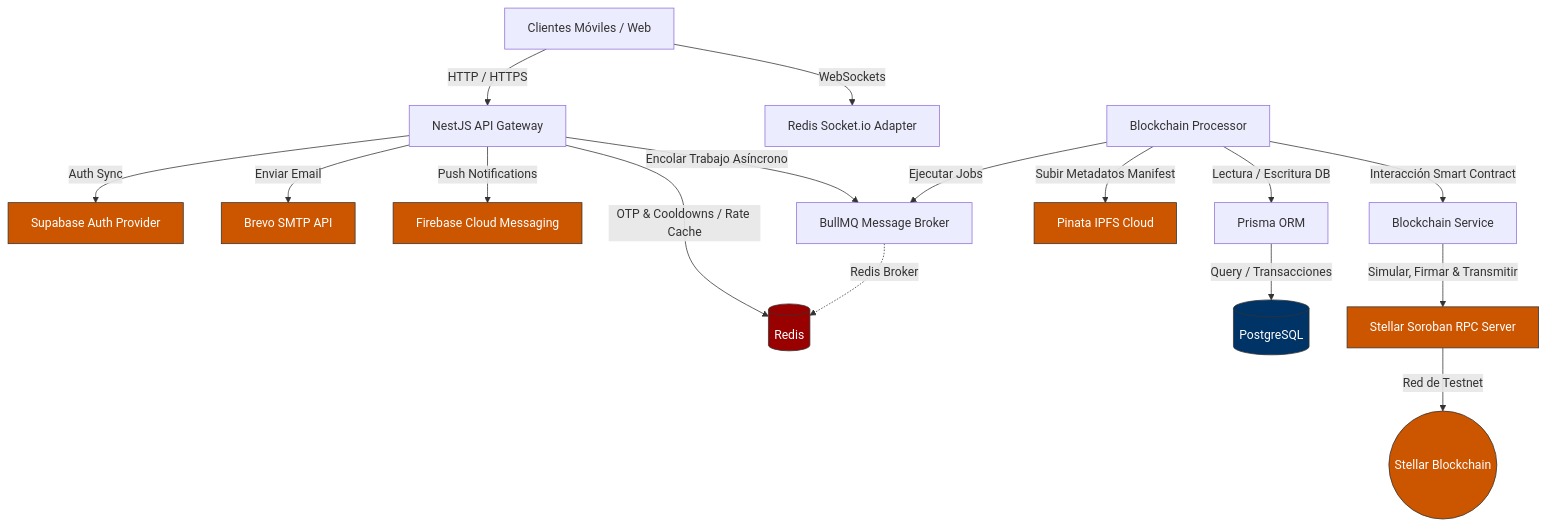
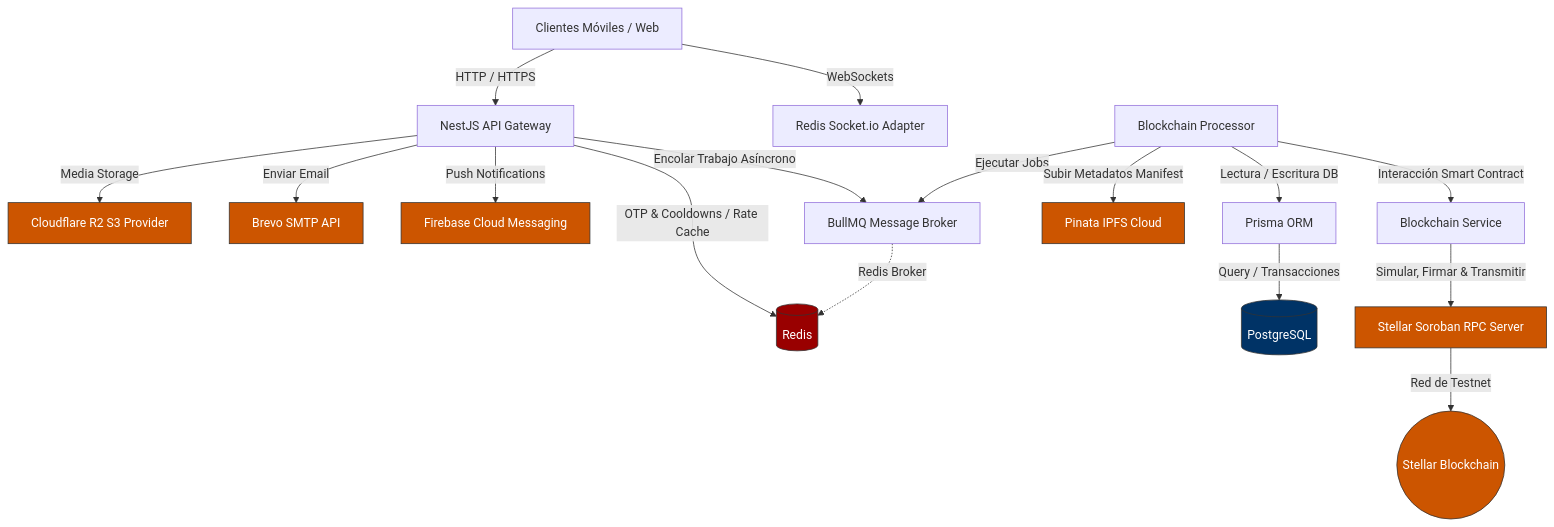
One commit to Livora-Labs/Livora-api-service changed the diagram in docs/architectural_audit.md. Above: the diagram before and after it, drawn with Mermaid. The commit also changed other lines of this file and 12 other files, not shown here.

Commit message:
chore(docs,deps): complete purge of legacy BaaS residues, update architecture diagrams and prune lockfile

````diff
--- a/docs/architectural_audit.md
+++ b/docs/architectural_audit.md
@@ -21,35 +21,35 @@
 ```mermaid
 graph TD
     %% Clients
     Client[Clientes Móviles / Web] -->|HTTP / HTTPS| Nest[NestJS API Gateway]
     Client -->|WebSockets| WsAdapter[Redis Socket.io Adapter]
 
     %% Authentication & Services
-    Nest -->|Auth Sync| Supabase[Supabase Auth Provider]
+    Nest -->|Media Storage| CloudflareR2[Cloudflare R2 S3 Provider]
     Nest -->|Enviar Email| Brevo[Brevo SMTP API]
     Nest -->|Push Notifications| FCM[Firebase Cloud Messaging]
 
     %% Cache & Queues
     Nest -->|OTP & Cooldowns / Rate Cache| Redis[(Redis)]
     Nest -->|Encolar Trabajo Asíncrono| BullMQ[BullMQ Message Broker]
     BullMQ -.->|Redis Broker| Redis
 
     %% Worker & Core Business Logic
     Worker[Blockchain Processor] -->|Ejecutar Jobs| BullMQ
     Worker -->|Subir Metadatos Manifest| Pinata[Pinata IPFS Cloud]
     Worker -->|Lectura / Escritura DB| Prisma[Prisma ORM]
     Prisma -->|Query / Transacciones| DB[(PostgreSQL)]
 
     %% Web3 Layer
     Worker -->|Interacción Smart Contract| BlockchainService[Blockchain Service]
     BlockchainService -->|Simular, Firmar & Transmitir| StellarRPC[Stellar Soroban RPC Server]
     StellarRPC -->|Red de Testnet| StellarNetwork((Stellar Blockchain))
 
     %% Styles
     classDef database fill:#003366,stroke:#333,stroke-width:1px,color:#fff;
     classDef external fill:#cc5500,stroke:#333,stroke-width:1px,color:#fff;
     classDef cache fill:#990000,stroke:#333,stroke-width:1px,color:#fff;
     class DB database;
-    class Supabase,Brevo,FCM,Pinata,StellarRPC,StellarNetwork external;
+    class CloudflareR2,Brevo,FCM,Pinata,StellarRPC,StellarNetwork external;
     class Redis cache;
 ```
````
